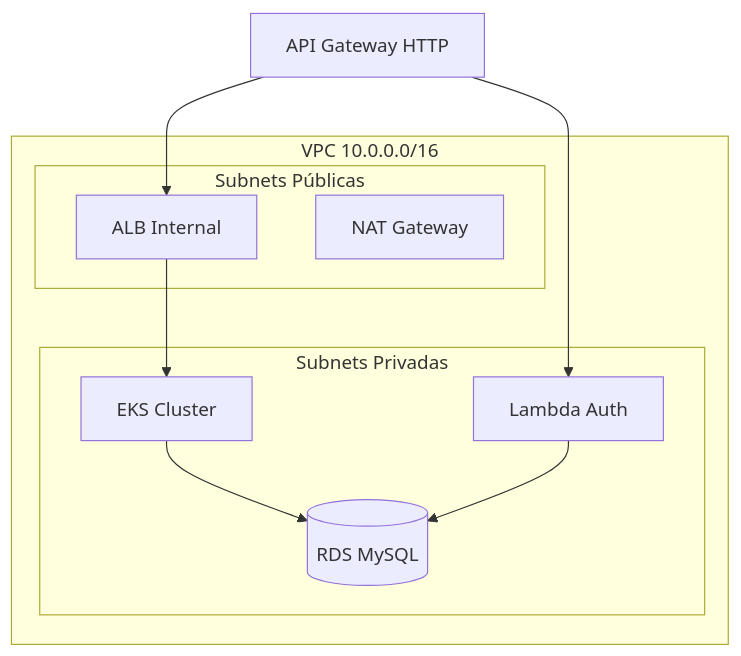
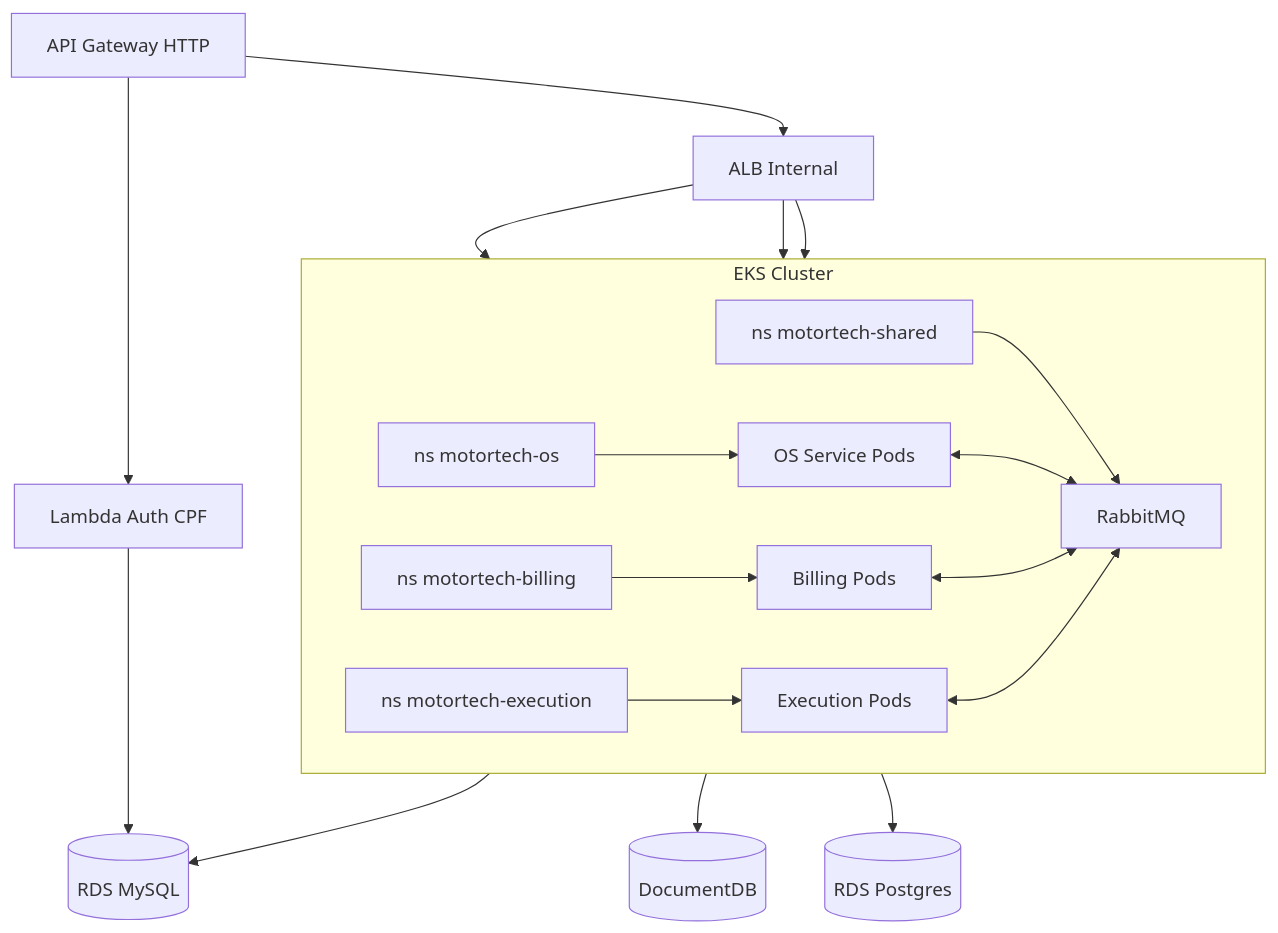
The diagram in README.md (Andersonlima21/motortech-infra-k8s), drawn with Mermaid before and after one commit. The commit also changed other lines of this file and 2 other files, not shown here.

````diff
--- a/README.md
+++ b/README.md
@@ -7,20 +8,26 @@
 ```mermaid
 graph TB
-    APIGW[API Gateway HTTP] --> Lambda[Lambda Auth]
+    APIGW[API Gateway HTTP] --> Lambda[Lambda Auth CPF]
     APIGW --> ALB[ALB Internal]
-    ALB --> EKS[EKS Cluster]
-    EKS --> RDS[(RDS MySQL)]
-    Lambda --> RDS
 
-    subgraph VPC[VPC 10.0.0.0/16]
-        subgraph Public[Subnets Públicas]
-            ALB
-            NAT[NAT Gateway]
-        end
-        subgraph Private[Subnets Privadas]
-            EKS
-            RDS
-            Lambda
-        end
+    subgraph EKS[EKS Cluster]
+      direction LR
+      OSns[ns motortech-os] --> OS[OS Service Pods]
+      Bilns[ns motortech-billing] --> Billing[Billing Pods]
+      Exens[ns motortech-execution] --> Execution[Execution Pods]
+      Shrns[ns motortech-shared] --> RMQ[RabbitMQ]
     end
+
+    ALB --> OS
+    ALB --> Billing
+    ALB --> Execution
+
+    OS <--> RMQ
+    Billing <--> RMQ
+    Execution <--> RMQ
+
+    OS --> MySQL[(RDS MySQL)]
+    Billing --> DocDB[(DocumentDB)]
+    Execution --> PG[(RDS Postgres)]
+    Lambda --> MySQL
 ```
````
